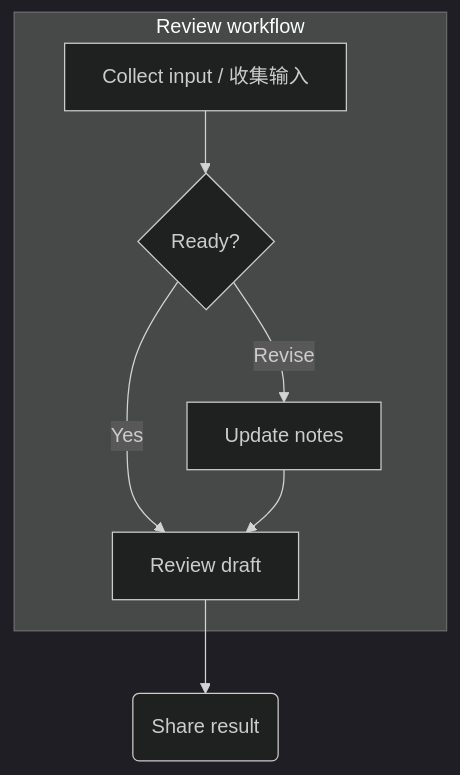
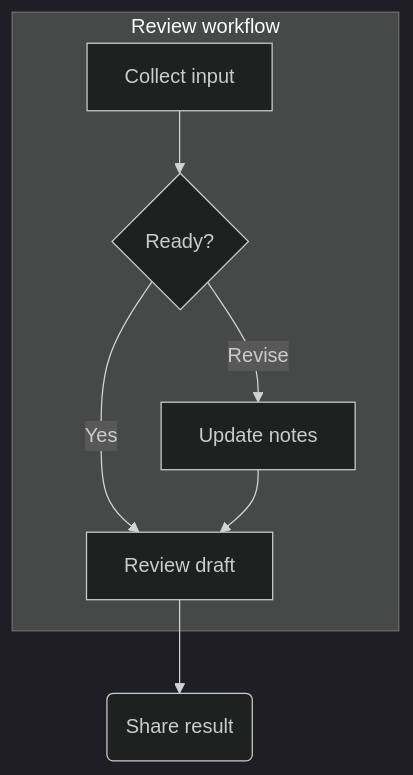
The diagram in playground/src/themes/samples/flowchart.mmd (Latias94/merman), drawn with Mermaid (dark theme) before and after one commit. The commit also changed 66 other files, not shown here.

```diff
--- a/playground/src/themes/samples/flowchart.mmd
+++ b/playground/src/themes/samples/flowchart.mmd
@@ -1,8 +1,8 @@
 flowchart TB
     subgraph workflow["Review workflow"]
-        collect["Collect input / 收集输入"] --> ready{"Ready?"}
+        collect["Collect input"] --> ready{"Ready?"}
         ready -->|Yes| review["Review draft"]
         ready -->|Revise| edit["Update notes"]
         edit --> review
     end
     review --> shared("Share result")
```
